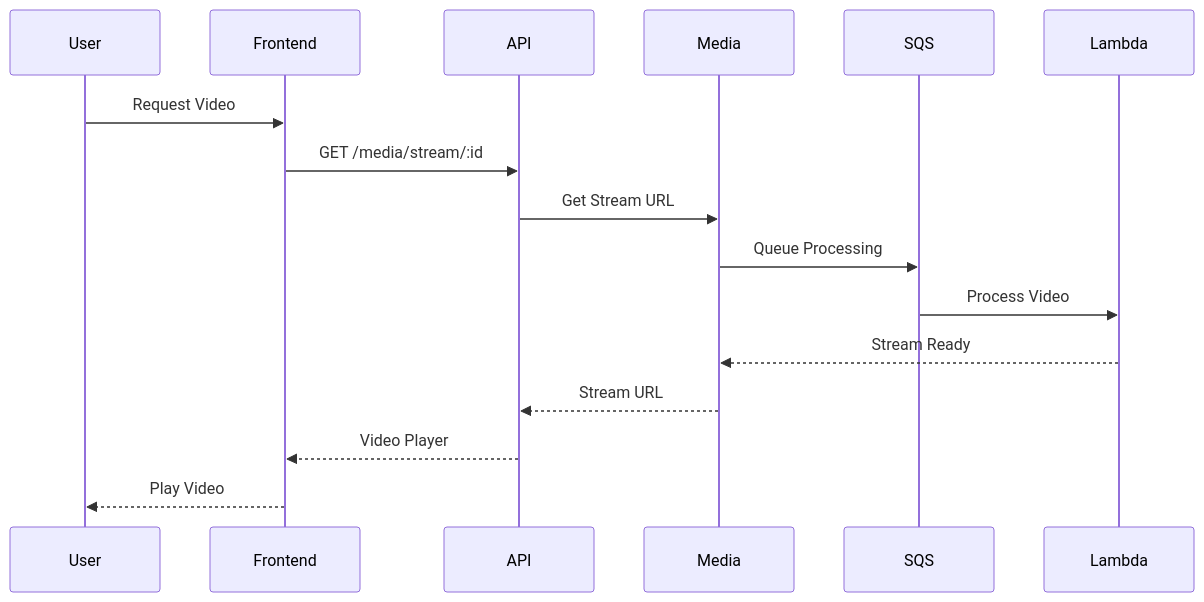
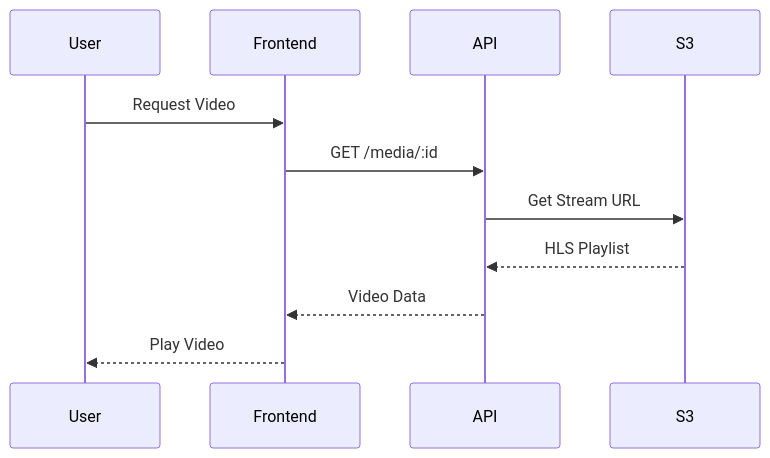
One commit to alessandroprudencio/ale-flix changed the fourth of 4 diagrams in docs/architecture/README.md. Above: the diagram before and after it, drawn with Mermaid. The commit also changed other lines of this file and 4 other files, not shown here.

````diff
--- a/docs/architecture/README.md
+++ b/docs/architecture/README.md
@@ -105,19 +139,14 @@
 ```mermaid
 sequenceDiagram
     participant User
     participant Frontend
     participant API
-    participant Media
-    participant SQS
-    participant Lambda
+    participant S3
 
     User->>Frontend: Request Video
-    Frontend->>API: GET /media/stream/:id
-    API->>Media: Get Stream URL
-    Media->>SQS: Queue Processing
-    SQS->>Lambda: Process Video
-    Lambda-->>Media: Stream Ready
-    Media-->>API: Stream URL
-    API-->>Frontend: Video Player
+    Frontend->>API: GET /media/:id
+    API->>S3: Get Stream URL
+    S3-->>API: HLS Playlist
+    API-->>Frontend: Video Data
     Frontend-->>User: Play Video
 ```
````
